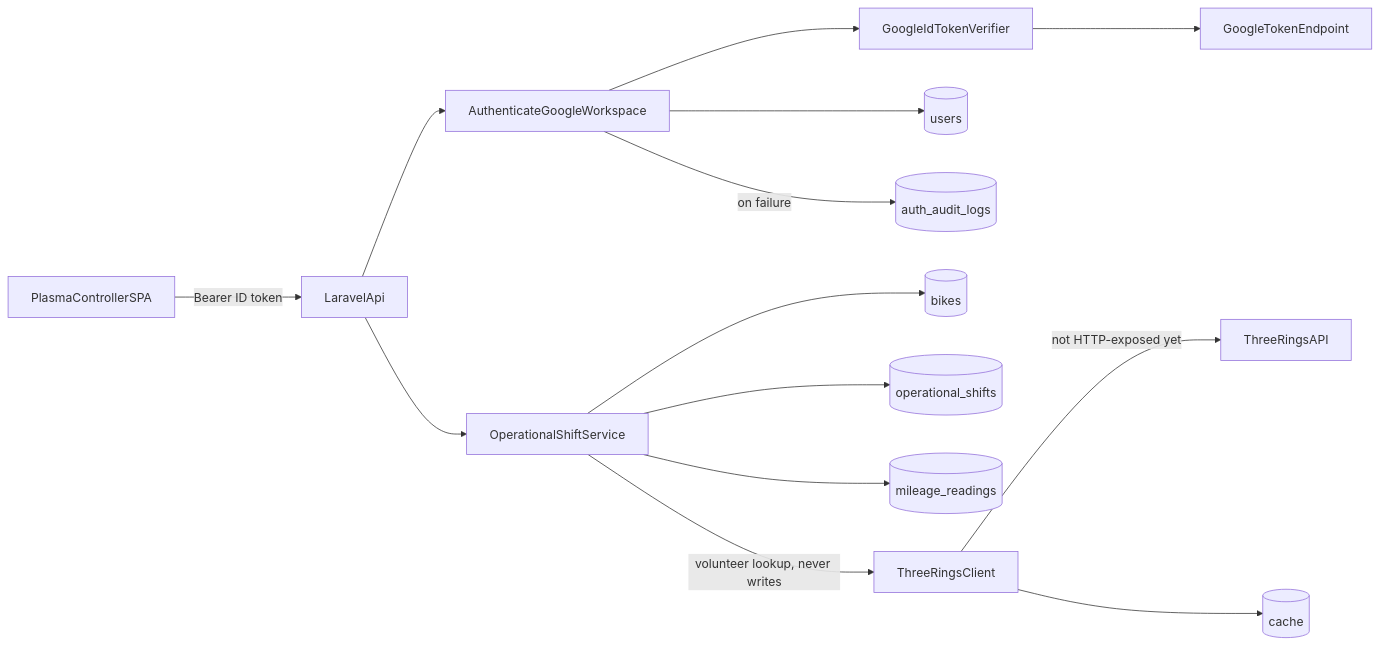
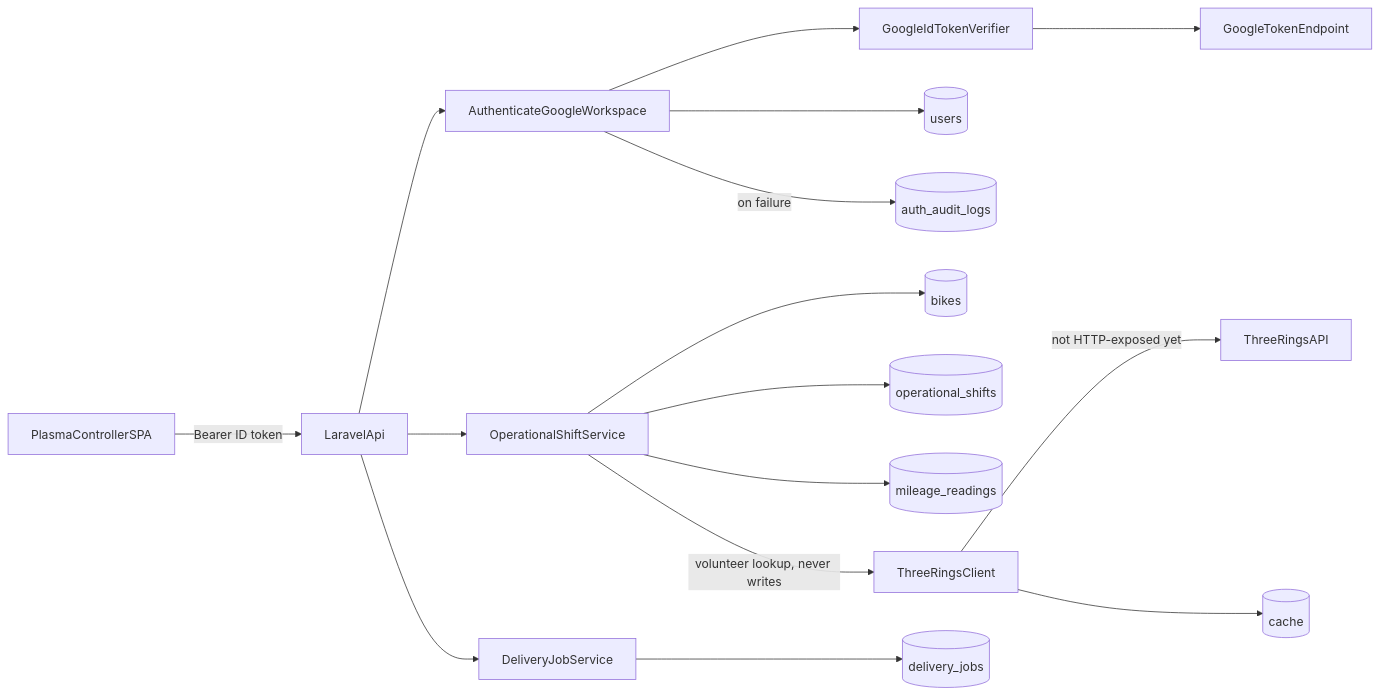
Before and after one commit to blood-bikes-wales/plasma-api: the diagram in docs/technical/architecture.md, drawn with Mermaid. The commit also changed other lines of this file and 17 other files, not shown here.

First line of the commit message:
[PLM-9] Add POST /api/jobs to create a delivery job in New. (#11)

````diff
--- a/docs/technical/architecture.md
+++ b/docs/technical/architecture.md
@@ -23,16 +24,18 @@
 ```mermaid
 flowchart LR
   Spa[PlasmaControllerSPA] -->|"Bearer ID token"| Api[LaravelApi]
   Api --> AuthMw[AuthenticateGoogleWorkspace]
   AuthMw --> Verifier[GoogleIdTokenVerifier]
   Verifier --> Google[GoogleTokenEndpoint]
   AuthMw --> Users[(users)]
   AuthMw -->|"on failure"| Audit[(auth_audit_logs)]
   Api --> Shifts[OperationalShiftService]
   Shifts --> Bikes[(bikes)]
   Shifts --> Duty[(operational_shifts)]
   Shifts --> Mileage[(mileage_readings)]
+  Api --> Jobs[DeliveryJobService]
+  Jobs --> DeliveryJobs[(delivery_jobs)]
   Shifts -->|"volunteer lookup, never writes"| ThreeRingsClient
   ThreeRingsClient -->|"not HTTP-exposed yet"| ThreeR[ThreeRingsAPI]
   ThreeRingsClient --> Cache[(cache)]
 ```
````
